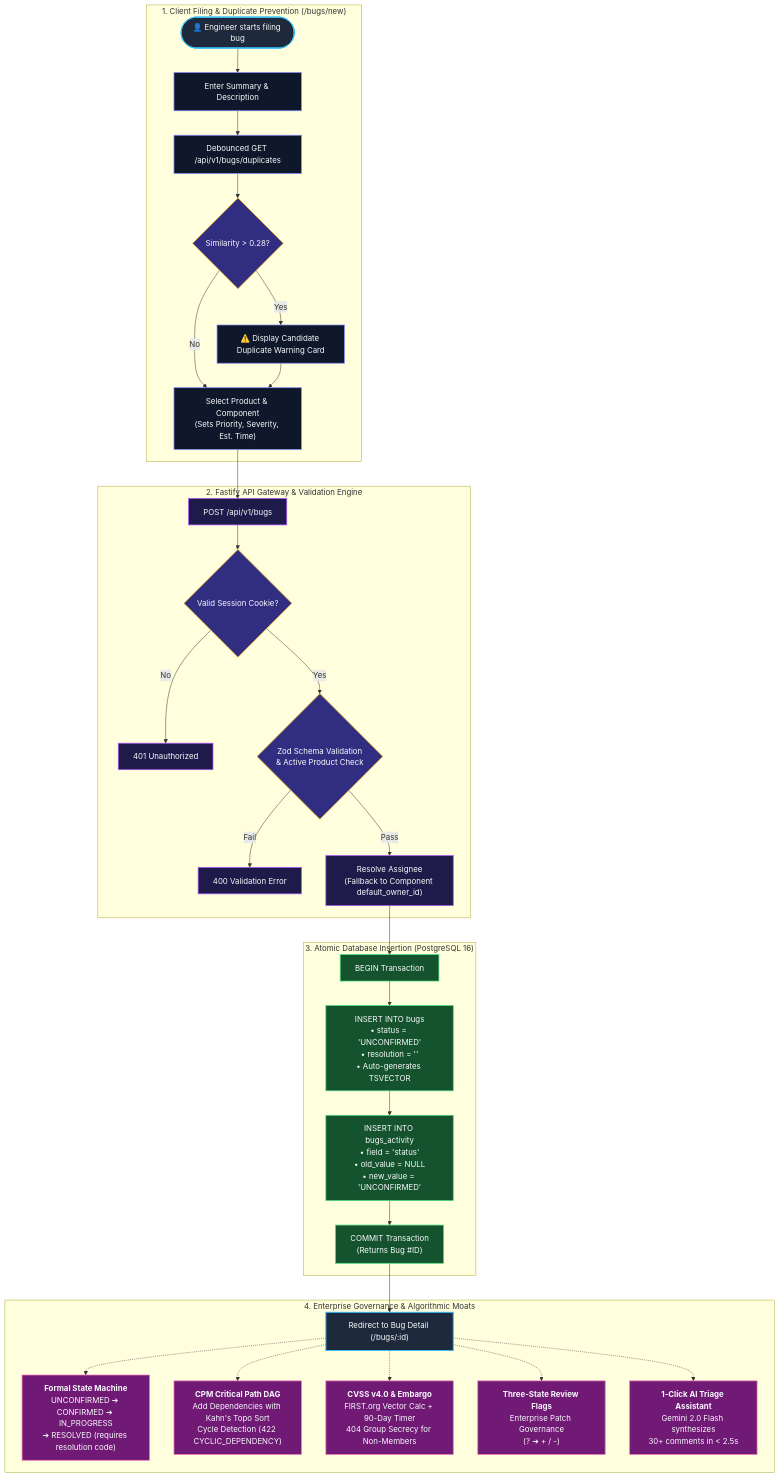
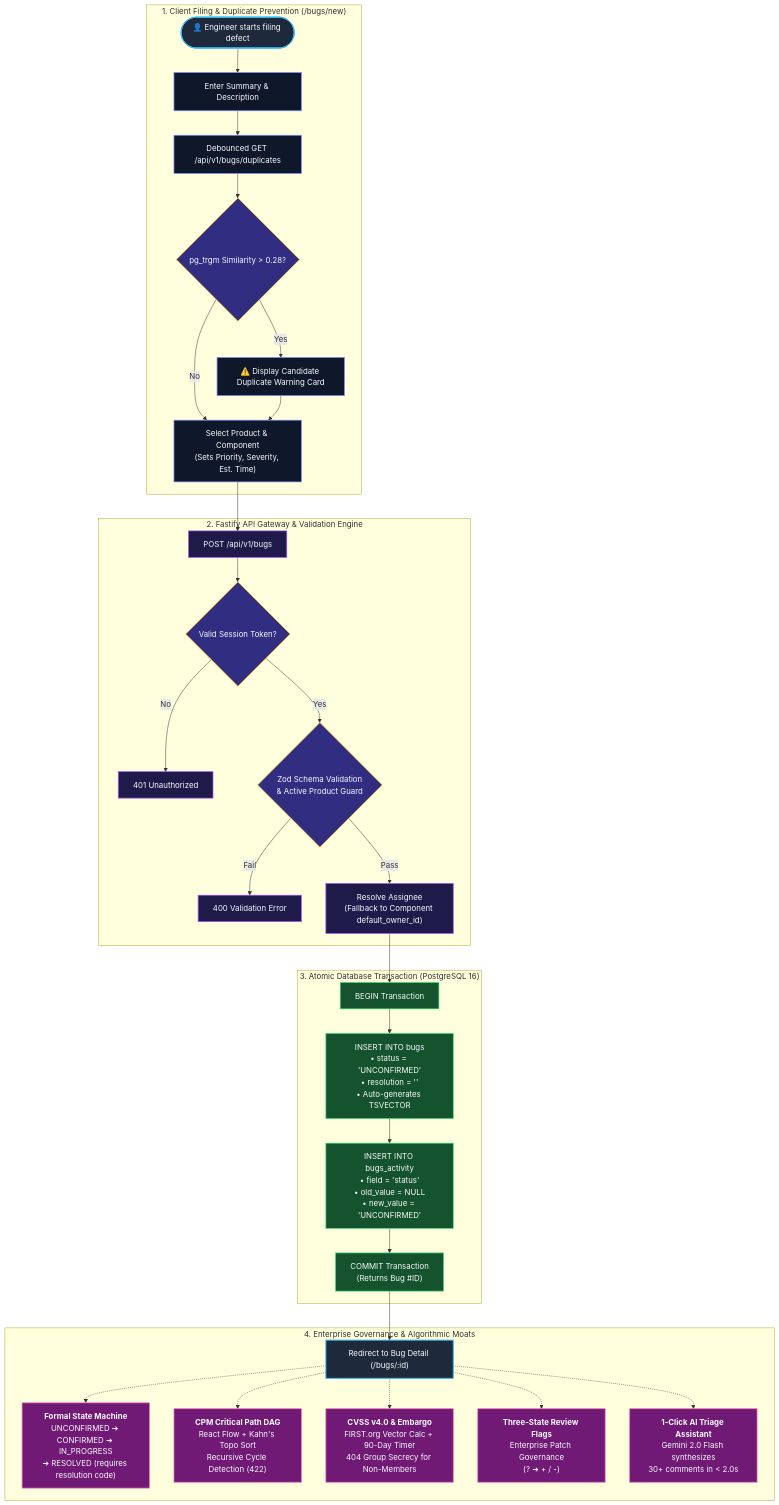
Before and after one commit to OjasKugore/Mantis: the diagram in README.md, drawn with Mermaid. The commit also changed other lines of this file and 28 other files, not shown here.

Commit message:
fix: resolve docker configuration, CLI typing, invite flow and full workspace isolation

````diff
--- a/README.md
+++ b/README.md
@@ -41,77 +73,77 @@
 ```mermaid
 flowchart TD
-    %% Styling and layout
+    %% Styling
     classDef startEnd fill:#1E293B,stroke:#38BDF8,stroke-width:2px,color:#F8FAFC;
     classDef client fill:#0F172A,stroke:#818CF8,stroke-width:1.5px,color:#F8FAFC;
     classDef server fill:#1E1B4B,stroke:#A855F7,stroke-width:1.5px,color:#F8FAFC;
     classDef database fill:#14532D,stroke:#4ADE80,stroke-width:1.5px,color:#F8FAFC;
     classDef moat fill:#701A75,stroke:#F472B6,stroke-width:1.5px,color:#F8FAFC;
     classDef decision fill:#312E81,stroke:#FBBF24,stroke-width:1.5px,color:#F8FAFC;
 
-    %% 1. User Input & Live Assist
+    %% 1. Client Filing & Duplicate Prevention
     subgraph S1 ["1. Client Filing & Duplicate Prevention (/bugs/new)"]
-        START(["👤 Engineer starts filing bug"]):::startEnd
+        START(["👤 Engineer starts filing defect"]):::startEnd
         INPUT["Enter Summary & Description"]:::client
         TRGM_QUERY["Debounced GET /api/v1/bugs/duplicates"]:::client
-        CHECK_DUP{"Similarity > 0.28?"}:::decision
+        CHECK_DUP{"pg_trgm Similarity > 0.28?"}:::decision
         WARN_CARD["⚠️ Display Candidate Duplicate Warning Card"]:::client
         USER_CONTINUE["Select Product & Component<br/>(Sets Priority, Severity, Est. Time)"]:::client
     end
 
-    %% 2. Backend Validation & Ingestion
+    %% 2. Fastify API Gateway & Validation
     subgraph S2 ["2. Fastify API Gateway & Validation Engine"]
         SUBMIT["POST /api/v1/bugs"]:::server
-        AUTH_CHECK{"Valid Session Cookie?"}:::decision
+        AUTH_CHECK{"Valid Session Token?"}:::decision
         AUTH_ERR["401 Unauthorized"]:::server
-        ZOD_CHECK{"Zod Schema Validation<br/>& Active Product Check"}:::decision
+        ZOD_CHECK{"Zod Schema Validation<br/>& Active Product Guard"}:::decision
         VAL_ERR["400 Validation Error"]:::server
         OWNER_RESOLVE["Resolve Assignee<br/>(Fallback to Component default_owner_id)"]:::server
     end
 
-    %% 3. PostgreSQL Transaction & Audit
-    subgraph S3 ["3. Atomic Database Insertion (PostgreSQL 16)"]
+    %% 3. Atomic Database Insertion
+    subgraph S3 ["3. Atomic Database Transaction (PostgreSQL 16)"]
         DB_TX["BEGIN Transaction"]:::database
         INSERT_BUG["INSERT INTO bugs<br/>• status = 'UNCONFIRMED'<br/>• resolution = ''<br/>• Auto-generates TSVECTOR"]:::database
         INSERT_AUDIT["INSERT INTO bugs_activity<br/>• field = 'status'<br/>• old_value = NULL<br/>• new_value = 'UNCONFIRMED'"]:::database
         DB_COMMIT["COMMIT Transaction<br/>(Returns Bug #ID)"]:::database
     end
 
-    %% 4. Downstream Moats & Lifecycle
+    %% 4. Enterprise Governance & Algorithmic Moats
     subgraph S4 ["4. Enterprise Governance & Algorithmic Moats"]
         DETAIL_PAGE["Redirect to Bug Detail (/bugs/:id)"]:::startEnd
         
         M_FSM["<b>Formal State Machine</b><br/>UNCONFIRMED ➔ CONFIRMED ➔ IN_PROGRESS<br/>➔ RESOLVED (requires resolution code)"]:::moat
-        M_CPM["<b>CPM Critical Path DAG</b><br/>Add Dependencies with Kahn's Topo Sort<br/>Cycle Detection (422 CYCLIC_DEPENDENCY)"]:::moat
+        M_CPM["<b>CPM Critical Path DAG</b><br/>React Flow + Kahn's Topo Sort<br/>Recursive Cycle Detection (422)"]:::moat
         M_CVSS["<b>CVSS v4.0 & Embargo</b><br/>FIRST.org Vector Calc + 90-Day Timer<br/>404 Group Secrecy for Non-Members"]:::moat
         M_FLAGS["<b>Three-State Review Flags</b><br/>Enterprise Patch Governance<br/>(? ➔ + / -)"]:::moat
-        M_AI["<b>1-Click AI Triage Assistant</b><br/>Gemini 2.0 Flash synthesizes<br/>30+ comments in < 2.5s"]:::moat
+        M_AI["<b>1-Click AI Triage Assistant</b><br/>Gemini 2.0 Flash synthesizes<br/>30+ comments in < 2.0s"]:::moat
     end
 
     %% Connections
     START --> INPUT
     INPUT --> TRGM_QUERY
     TRGM_QUERY --> CHECK_DUP
     CHECK_DUP -- Yes --> WARN_CARD
     CHECK_DUP -- No --> USER_CONTINUE
     WARN_CARD --> USER_CONTINUE
     USER_CONTINUE --> SUBMIT
 
     SUBMIT --> AUTH_CHECK
     AUTH_CHECK -- No --> AUTH_ERR
     AUTH_CHECK -- Yes --> ZOD_CHECK
     ZOD_CHECK -- Fail --> VAL_ERR
     ZOD_CHECK -- Pass --> OWNER_RESOLVE
 
     OWNER_RESOLVE --> DB_TX
     DB_TX --> INSERT_BUG
     INSERT_BUG --> INSERT_AUDIT
     INSERT_AUDIT --> DB_COMMIT
 
     DB_COMMIT --> DETAIL_PAGE
 
     DETAIL_PAGE -.-> M_FSM
     DETAIL_PAGE -.-> M_CPM
     DETAIL_PAGE -.-> M_CVSS
     DETAIL_PAGE -.-> M_FLAGS
     DETAIL_PAGE -.-> M_AI
 ```
````
